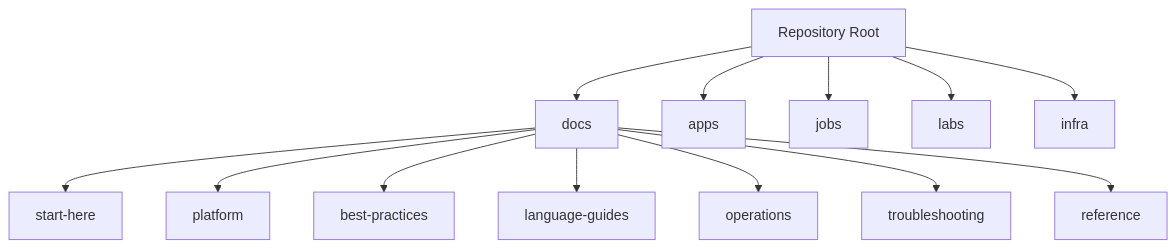
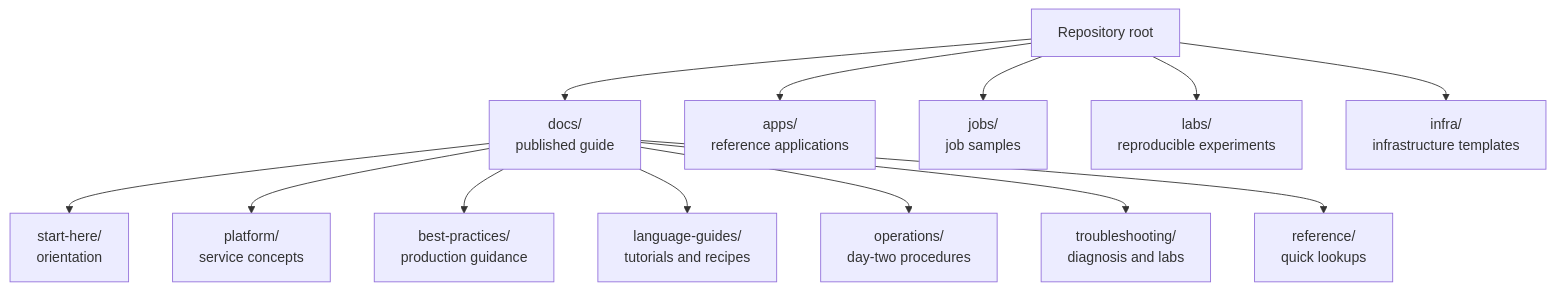
One commit to yeongseon/azure-container-apps-practical-guide changed the second of 2 diagrams in docs/start-here/repository-map.md. Above: the diagram before and after it, drawn with Mermaid. The commit also changed other lines of this file and 6 other files, not shown here.

First line of the commit message:
docs(diagrams): migrate Start Here diagrams (#633)

````diff
--- a/docs/start-here/repository-map.md
+++ b/docs/start-here/repository-map.md
@@ -100,15 +118,32 @@
 ```mermaid
-graph TD
-    R[Repository Root] --> D[docs]
-    R --> A[apps]
-    R --> J[jobs]
-    R --> L[labs]
-    R --> I[infra]
-    D --> SH[start-here]
-    D --> P[platform]
-    D --> BP[best-practices]
-    D --> LG[language-guides]
-    D --> O[operations]
-    D --> T[troubleshooting]
-    D --> REF[reference]
+flowchart TD
+    accTitle: Repository directories and documentation sections
+    accDescr: The repository root contains documentation, reference applications, job samples, troubleshooting labs, and infrastructure. The documentation directory contains seven reader-facing sections.
+
+    ROOT[Repository root]
+    DOCS[docs/<br/>published guide]
+    APPS[apps/<br/>reference applications]
+    JOBS[jobs/<br/>job samples]
+    LABS[labs/<br/>reproducible experiments]
+    INFRA[infra/<br/>infrastructure templates]
+    START[start-here/<br/>orientation]
+    PLATFORM[platform/<br/>service concepts]
+    PRACTICES[best-practices/<br/>production guidance]
+    LANGUAGES[language-guides/<br/>tutorials and recipes]
+    OPERATIONS[operations/<br/>day-two procedures]
+    TROUBLESHOOTING[troubleshooting/<br/>diagnosis and labs]
+    REFERENCE[reference/<br/>quick lookups]
+
+    ROOT --> DOCS
+    ROOT --> APPS
+    ROOT --> JOBS
+    ROOT --> LABS
+    ROOT --> INFRA
+    DOCS --> START
+    DOCS --> PLATFORM
+    DOCS --> PRACTICES
+    DOCS --> LANGUAGES
+    DOCS --> OPERATIONS
+    DOCS --> TROUBLESHOOTING
+    DOCS --> REFERENCE
 ```
````
